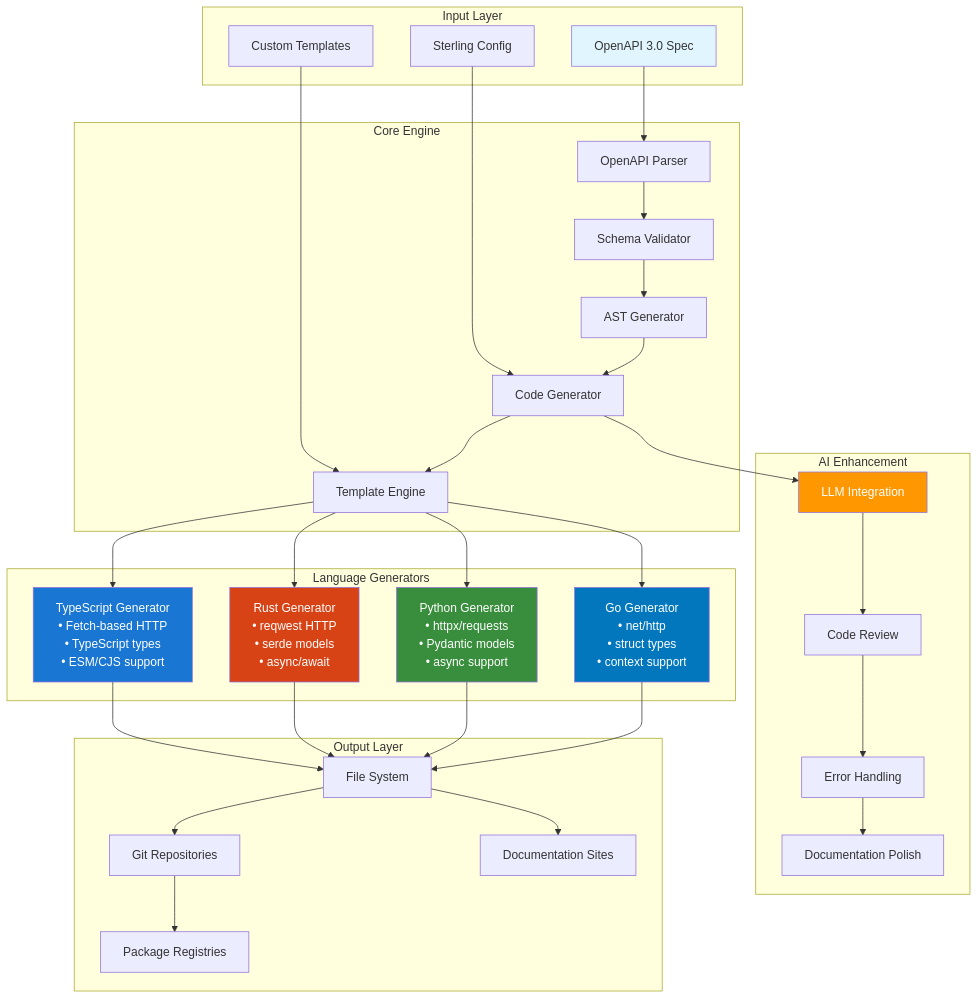
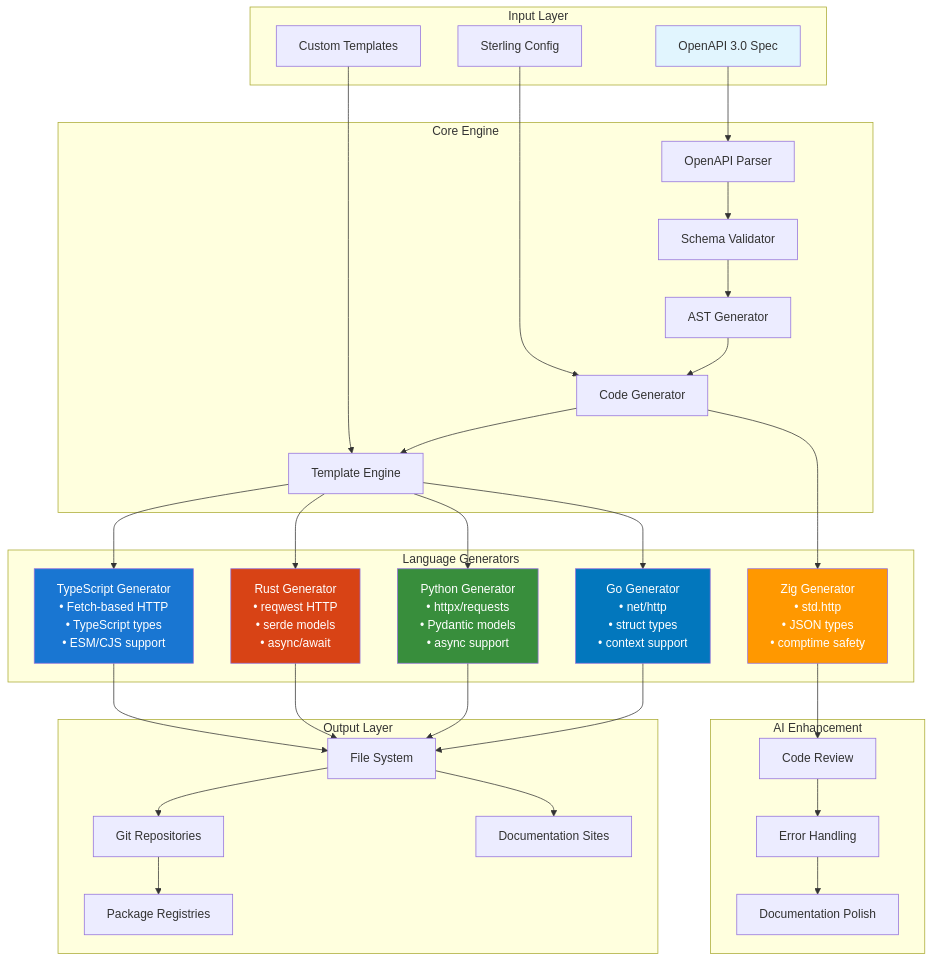
One commit to hdresearch/sterling changed the third of 4 diagrams in README.md. Above: the diagram before and after it, drawn with Mermaid. The commit also changed 6 other files, not shown here.

Commit message:
Added complete Zig SDK support with templates, generator, and working build system

````diff
--- a/README.md
+++ b/README.md
@@ -80,72 +80,73 @@
 ```mermaid
 graph TB
     subgraph "Input Layer"
         A[OpenAPI 3.0 Spec]
         B[Sterling Config]
         C[Custom Templates]
     end
     
     subgraph "Core Engine"
         D[OpenAPI Parser]
         E[Schema Validator]
         F[AST Generator]
         G[Code Generator]
         H[Template Engine]
     end
     
     subgraph "Language Generators"
         I[TypeScript Generator<br/>• Fetch-based HTTP<br/>• TypeScript types<br/>• ESM/CJS support]
         J[Rust Generator<br/>• reqwest HTTP<br/>• serde models<br/>• async/await]
         K[Python Generator<br/>• httpx/requests<br/>• Pydantic models<br/>• async support]
         L[Go Generator<br/>• net/http<br/>• struct types<br/>• context support]
+        M[Zig Generator<br/>• std.http<br/>• JSON types<br/>• comptime safety]
     end
     
     subgraph "AI Enhancement"
-        M[LLM Integration]
+        N[LLM Integration]
         N[Code Review]
         O[Error Handling]
         P[Documentation Polish]
     end
     
     subgraph "Output Layer"
         Q[File System]
         R[Git Repositories]
         S[Package Registries]
         T[Documentation Sites]
     end
     
     A --> D
     B --> G
     C --> H
     
     D --> E
     E --> F
     F --> G
     G --> H
     
     H --> I
     H --> J
     H --> K
     H --> L
     
     G --> M
     M --> N
     N --> O
     O --> P
     
     I --> Q
     J --> Q
     K --> Q
     L --> Q
     
     Q --> R
     R --> S
     Q --> T
     
     style A fill:#e1f5fe
     style I fill:#1976d2,color:#fff
     style J fill:#d84315,color:#fff
     style K fill:#388e3c,color:#fff
     style L fill:#0277bd,color:#fff
     style M fill:#ff9800,color:#fff
 ```
````
